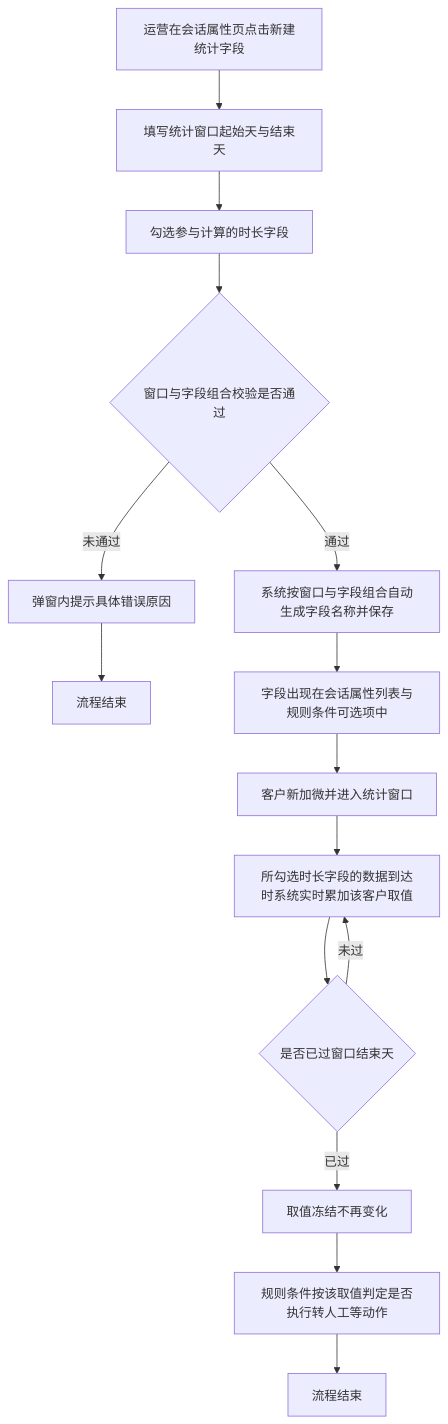
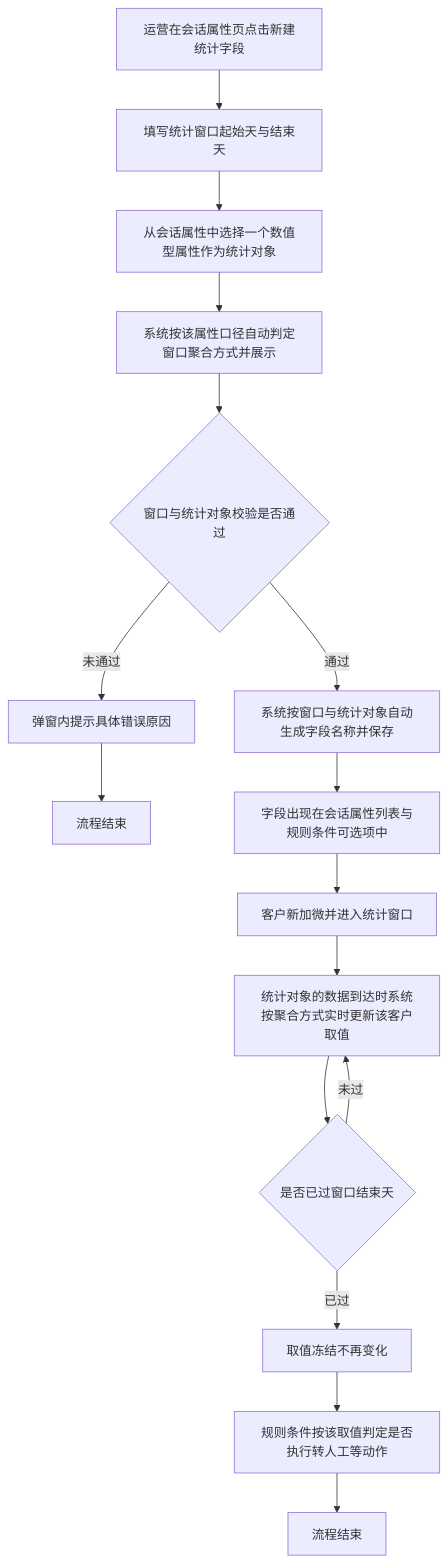
Before and after one commit to Leo-ai05/prototypes: the first of 2 diagrams in 自定义统计周期学习时长字段/PRD-自定义统计周期学习时长字段.md, drawn with Mermaid. The commit also changed other lines of this file and 27 other files, not shown here.

````diff
--- a/自定义统计周期学习时长字段/PRD-自定义统计周期学习时长字段.md
+++ b/自定义统计周期学习时长字段/PRD-自定义统计周期学习时长字段.md
@@ -43,17 +48,18 @@
 ```mermaid
 flowchart TD
     A[运营在会话属性页点击新建统计字段] --> B[填写统计窗口起始天与结束天]
-    B --> C[勾选参与计算的时长字段]
-    C --> D{窗口与字段组合校验是否通过}
-    D -->|未通过| E[弹窗内提示具体错误原因]
-    E --> F1[流程结束]
-    D -->|通过| G[系统按窗口与字段组合自动生成字段名称并保存]
-    G --> H[字段出现在会话属性列表与规则条件可选项中]
-    H --> I[客户新加微并进入统计窗口]
-    I --> J[所勾选时长字段的数据到达时系统实时累加该客户取值]
-    J --> K{是否已过窗口结束天}
-    K -->|未过| J
-    K -->|已过| L[取值冻结不再变化]
-    L --> M[规则条件按该取值判定是否执行转人工等动作]
-    M --> F2[流程结束]
+    B --> C[从会话属性中选择一个数值型属性作为统计对象]
+    C --> D[系统按该属性口径自动判定窗口聚合方式并展示]
+    D --> E{窗口与统计对象校验是否通过}
+    E -->|未通过| F[弹窗内提示具体错误原因]
+    F --> G1[流程结束]
+    E -->|通过| H[系统按窗口与统计对象自动生成字段名称并保存]
+    H --> I[字段出现在会话属性列表与规则条件可选项中]
+    I --> J[客户新加微并进入统计窗口]
+    J --> K[统计对象的数据到达时系统按聚合方式实时更新该客户取值]
+    K --> L{是否已过窗口结束天}
+    L -->|未过| K
+    L -->|已过| M[取值冻结不再变化]
+    M --> N[规则条件按该取值判定是否执行转人工等动作]
+    N --> G2[流程结束]
 ```
````
